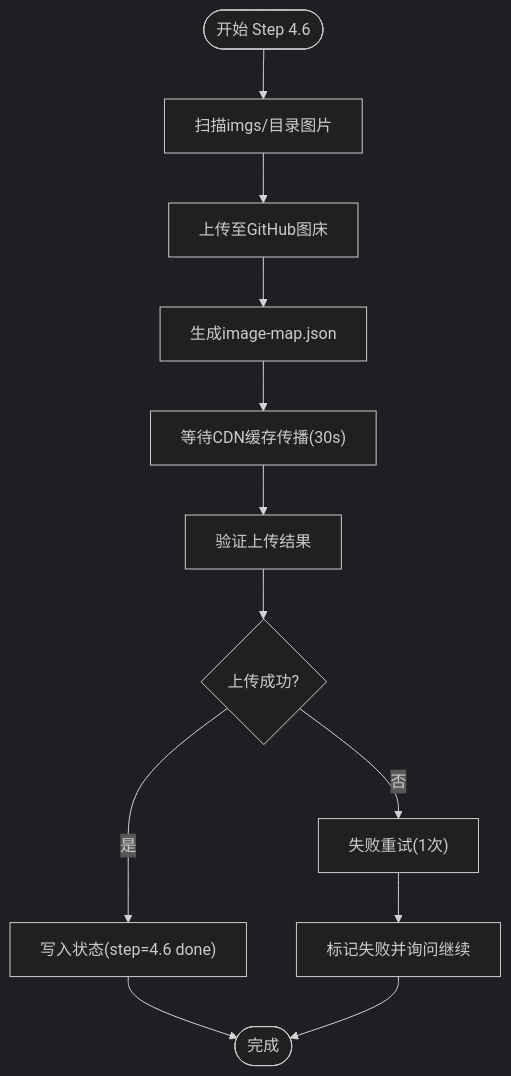
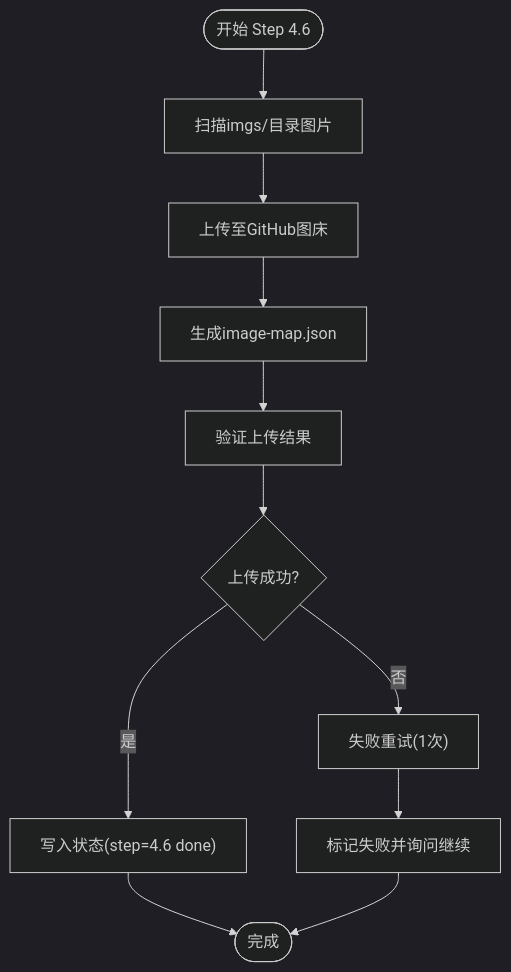
Before and after one commit to NTLx/ntlx.github.io: the fifth of 9 diagrams in .qoder/repowiki/zh/content/AI 技能系统/发布自动化技能/微信文章写作管线.md, drawn with Mermaid (dark theme). The commit also changed other lines of this file and 3 other files, not shown here.

````diff
--- a/.qoder/repowiki/zh/content/AI 技能系统/发布自动化技能/微信文章写作管线.md
+++ b/.qoder/repowiki/zh/content/AI 技能系统/发布自动化技能/微信文章写作管线.md
@@ -191,14 +222,13 @@
 ```mermaid
 flowchart TD
 Start(["开始 Step 4.6"]) --> Scan["扫描imgs/目录图片"]
 Scan --> Upload["上传至GitHub图床"]
 Upload --> Map["生成image-map.json"]
-Map --> Wait["等待CDN缓存传播(30s)"]
-Wait --> Verify["验证上传结果"]
+Map --> Verify["验证上传结果"]
 Verify --> Success{"上传成功?"}
 Success --> |是| Write["写入状态(step=4.6 done)"]
 Success --> |否| Retry["失败重试(1次)"]
 Retry --> Fail["标记失败并询问继续"]
 Write --> Done(["完成"])
 Fail --> Done
 ```
````
